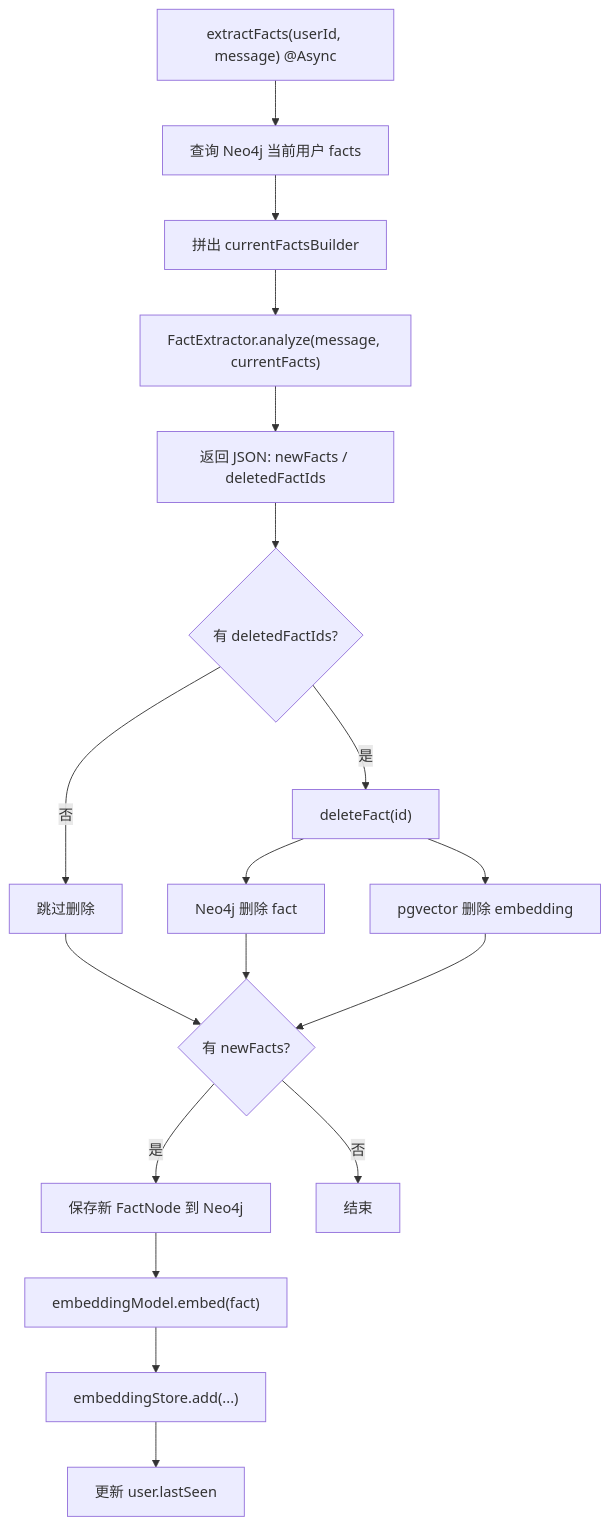
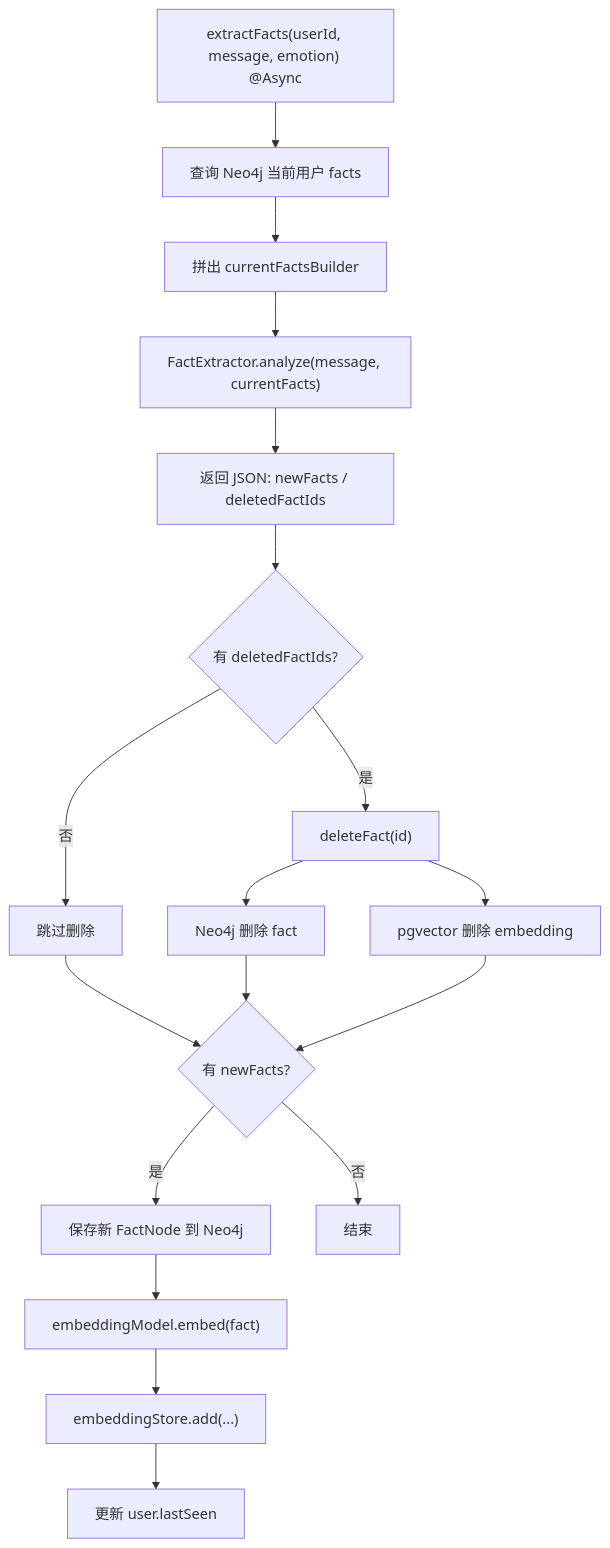
Before and after one commit to SailRuo/LingShu-AI: diagram 13 of 15 in doc/对话调用链路详解.md, drawn with Mermaid. The commit also changed other lines of this file and 54 other files, not shown here.

````diff
--- a/doc/对话调用链路详解.md
+++ b/doc/对话调用链路详解.md
@@ -410,20 +538,20 @@
 ```mermaid
 flowchart TD
-    A["extractFacts(userId, message) @Async"] --> B["查询 Neo4j 当前用户 facts"]
+    A["extractFacts(userId, message, emotion) @Async"] --> B["查询 Neo4j 当前用户 facts"]
     B --> C["拼出 currentFactsBuilder"]
     C --> D["FactExtractor.analyze(message, currentFacts)"]
     D --> E["返回 JSON: newFacts / deletedFactIds"]
     E --> F{"有 deletedFactIds?"}
     F -->|是| G["deleteFact(id)"]
     F -->|否| H["跳过删除"]
     G --> I["Neo4j 删除 fact"]
     G --> J["pgvector 删除 embedding"]
     H --> K{"有 newFacts?"}
     I --> K
     J --> K
     K -->|是| L["保存新 FactNode 到 Neo4j"]
     L --> M["embeddingModel.embed(fact)"]
     M --> N["embeddingStore.add(...)"]
     K -->|否| O["结束"]
     N --> P["更新 user.lastSeen"]
 ```
````
